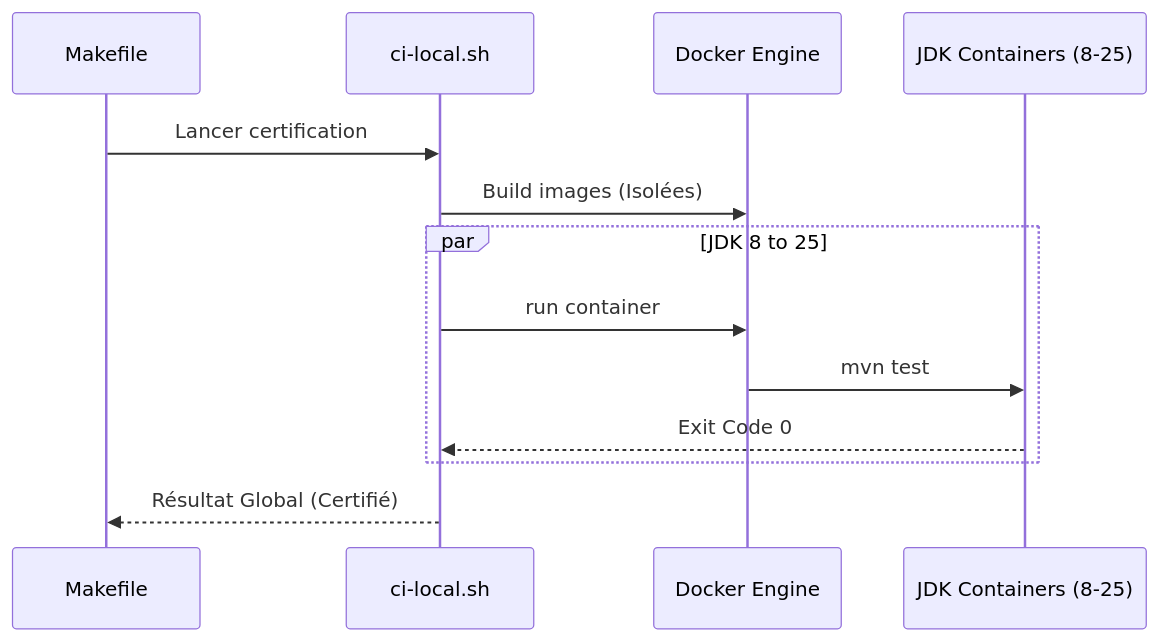
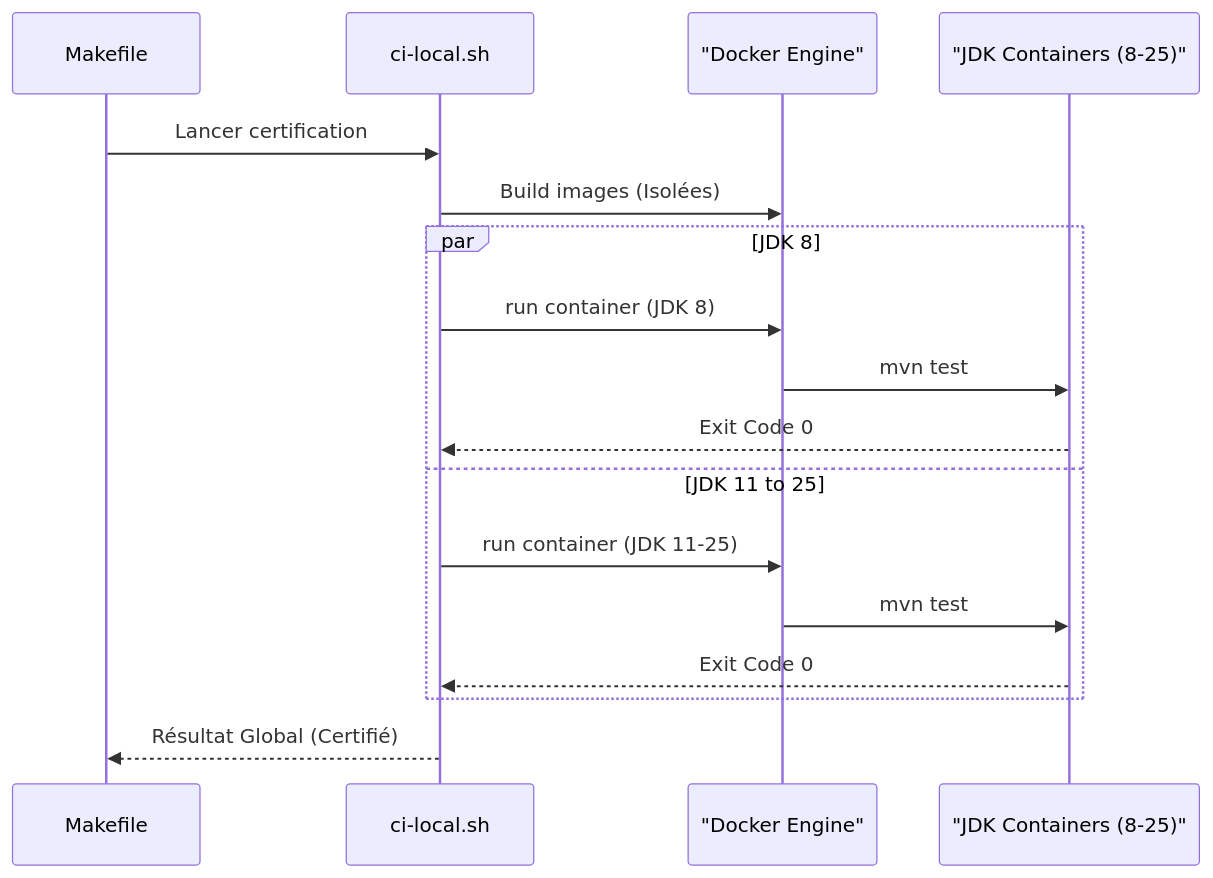
The second of 2 diagrams in docs/explanations/ci-cd-pipelines.md (Q300Z/scribejava), drawn with Mermaid before and after one commit. The commit also changed other lines of this file and 3 other files, not shown here.

Commit message:
docs(explanations): validate mermaid syntax and align all docs with codebase

````diff
--- a/docs/explanations/ci-cd-pipelines.md
+++ b/docs/explanations/ci-cd-pipelines.md
@@ -84,18 +82,20 @@
 ```mermaid
-
 sequenceDiagram
     participant M as Makefile
     participant S as ci-local.sh
-    participant D as Docker Engine
-    participant J as JDK Containers (8-25)
+    participant D as "Docker Engine"
+    participant J as "JDK Containers (8-25)"
 
     M->>S: Lancer certification
     S->>D: Build images (Isolées)
-    par JDK 8 to 25
-        S->>D: run container
+    par JDK 8
+        S->>D: run container (JDK 8)
+        D->>J: mvn test
+        J-->>S: Exit Code 0
+    and JDK 11 to 25
+        S->>D: run container (JDK 11-25)
         D->>J: mvn test
         J-->>S: Exit Code 0
     end
     S-->>M: Résultat Global (Certifié)
-
 ```
````
